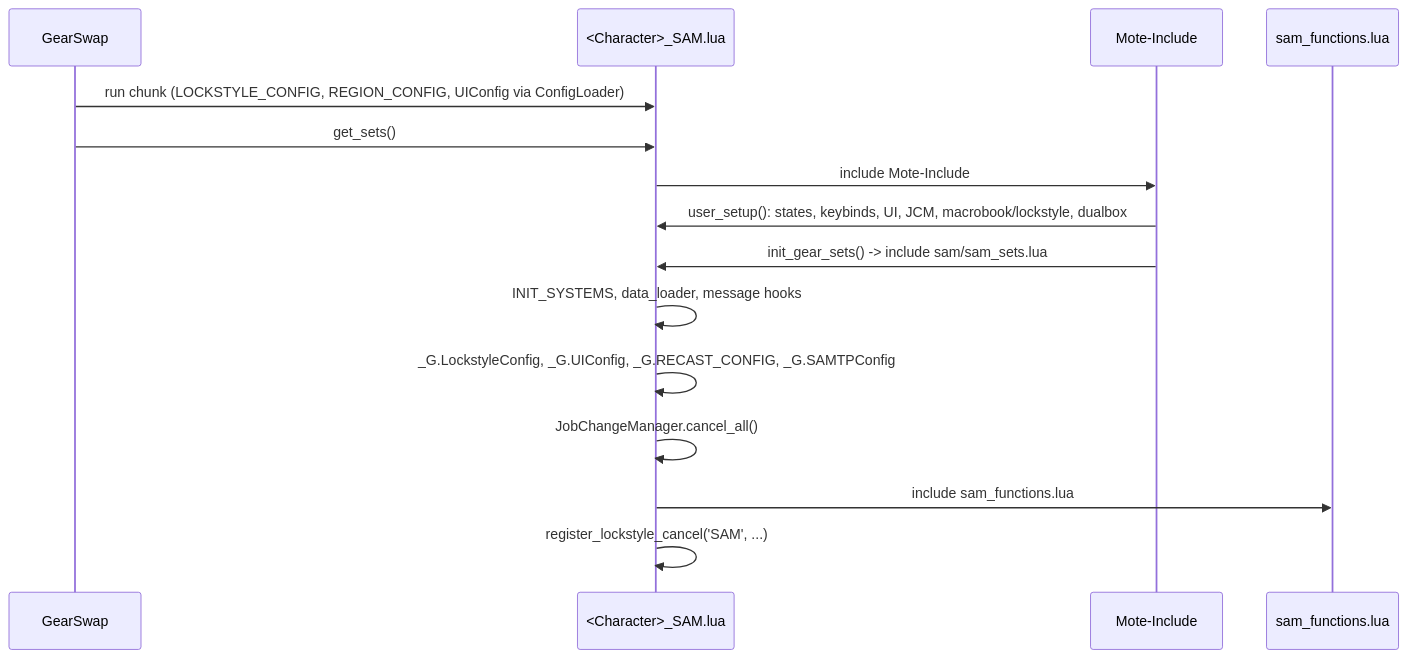
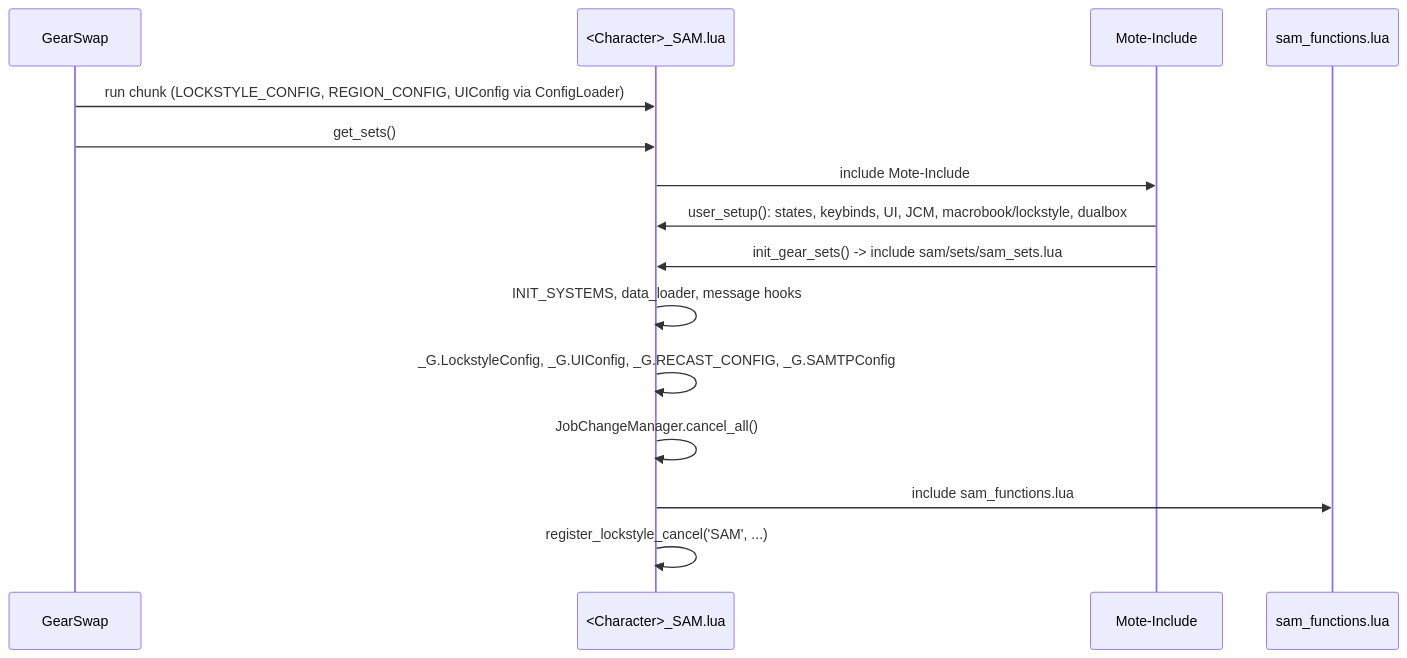
The first of 2 diagrams in docs/dev/jobs/sam.md (ejouanchicot/Gearswap), drawn with Mermaid before and after one commit. The commit also changed 32 other files, not shown here.

First line of the commit message:
feat(layout): gear in a sets/ folder, apart from the settings

````diff
--- a/docs/dev/jobs/sam.md
+++ b/docs/dev/jobs/sam.md
@@ -77,17 +77,17 @@
 ```mermaid
 sequenceDiagram
     participant GS as GearSwap
     participant E as <Character>_SAM.lua
     participant M as Mote-Include
     participant F as sam_functions.lua
     GS->>E: run chunk (LOCKSTYLE_CONFIG, REGION_CONFIG, UIConfig via ConfigLoader)
     GS->>E: get_sets()
     E->>M: include Mote-Include
     M->>E: user_setup(): states, keybinds, UI, JCM, macrobook/lockstyle, dualbox
-    M->>E: init_gear_sets() -> include sam/sam_sets.lua
+    M->>E: init_gear_sets() -> include sam/sets/sam_sets.lua
     E->>E: INIT_SYSTEMS, data_loader, message hooks
     E->>E: _G.LockstyleConfig, _G.UIConfig, _G.RECAST_CONFIG, _G.SAMTPConfig
     E->>E: JobChangeManager.cancel_all()
     E->>F: include sam_functions.lua
     E->>E: register_lockstyle_cancel('SAM', ...)
 ```
````
